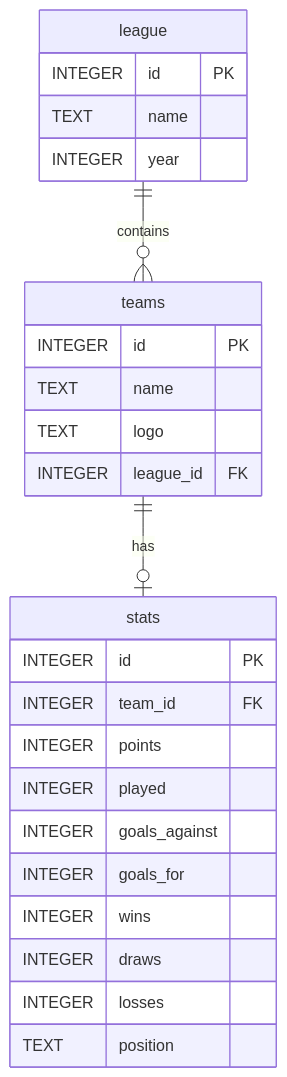
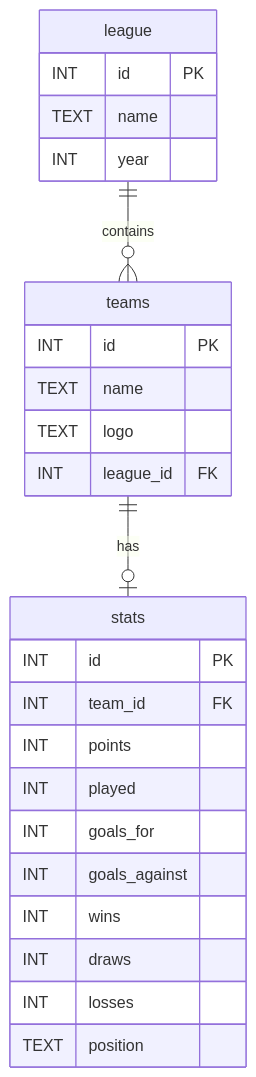
The second of 2 diagrams in Readme.md (edev999/representacion-y-estructuracion), drawn with Mermaid before and after one commit. The commit also changed other lines of this file, not shown here.

````diff
--- a/Readme.md
+++ b/Readme.md
@@ -103,32 +101,31 @@
 ```mermaid
-
 erDiagram
-    league ||--o{ teams : "contains"
-    teams ||--o| stats : "has"
+    league ||--o{ teams : contains
+    teams ||--o| stats : has
 
     league {
-        INTEGER id PK
+        INT id PK
         TEXT name
-        INTEGER year
+        INT year
     }
 
     teams {
-        INTEGER id PK
+        INT id PK
         TEXT name
         TEXT logo
-        INTEGER league_id FK
+        INT league_id FK
     }
 
     stats {
-        INTEGER id PK
-        INTEGER team_id FK
-        INTEGER points
-        INTEGER played
-        INTEGER goals_against
-        INTEGER goals_for
-        INTEGER wins
-        INTEGER draws
-        INTEGER losses
+        INT id PK
+        INT team_id FK
+        INT points
+        INT played
+        INT goals_for
+        INT goals_against
+        INT wins
+        INT draws
+        INT losses
         TEXT position
     }
 ```
````
